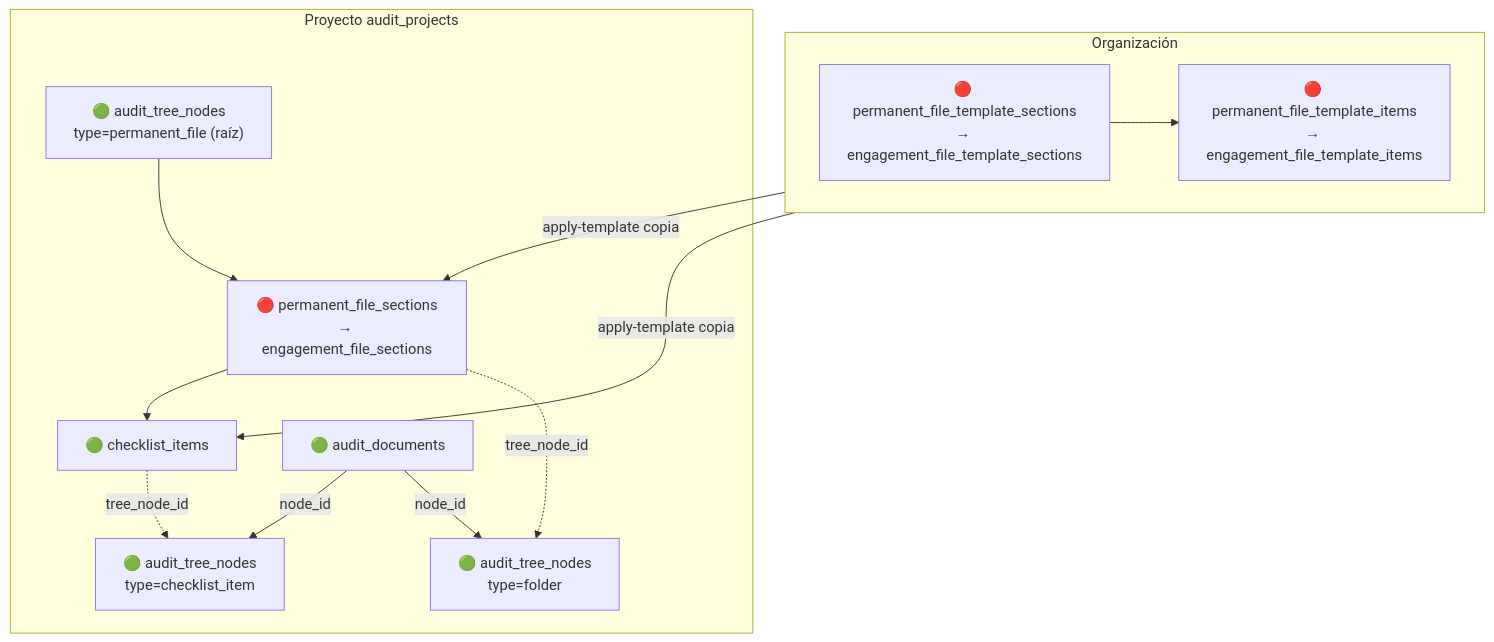
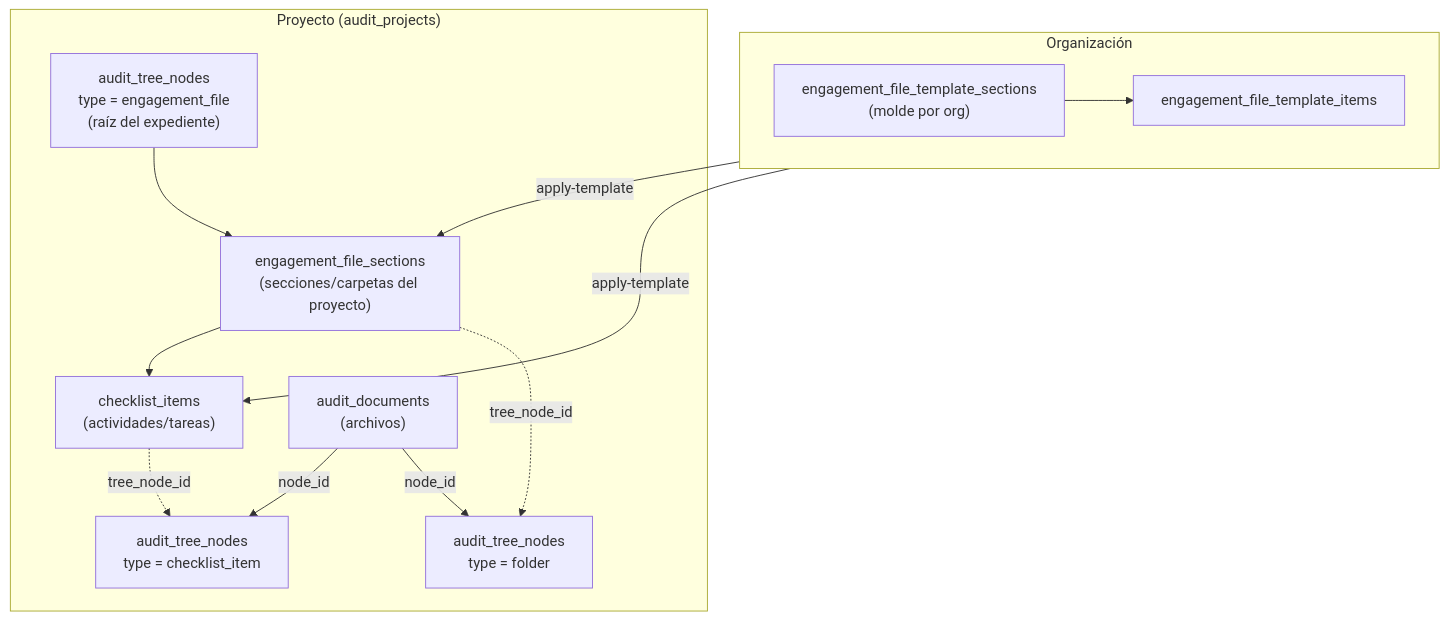
One commit to abcastillo1/3ang.backend.app changed the first of 2 diagrams in docs/technical/mapa-arbol-expediente-centralizado.md. Above: the diagram before and after it, drawn with Mermaid. The commit also changed other lines of this file and 1 other file, not shown here.

Commit message:
docs: Update README and centralization map documentation to reflect changes in naming conventions and structure for engagement files, enhancing clarity on project organization and API routes

````diff
--- a/docs/technical/mapa-arbol-expediente-centralizado.md
+++ b/docs/technical/mapa-arbol-expediente-centralizado.md
@@ -15,24 +10,24 @@
 ```mermaid
 flowchart TB
   subgraph org["Organización"]
-    TSEC["🔴 permanent_file_template_sections\n→ engagement_file_template_sections"]
-    TITEM["🔴 permanent_file_template_items\n→ engagement_file_template_items"]
+    TSEC["engagement_file_template_sections\n(molde por org)"]
+    TITEM["engagement_file_template_items"]
     TSEC --> TITEM
   end
 
-  subgraph project["Proyecto audit_projects"]
-    ROOT["🟢 audit_tree_nodes\ntype=permanent_file (raíz)"]
-    SEC["🔴 permanent_file_sections\n→ engagement_file_sections"]
-    ITEMS["🟢 checklist_items"]
-    DOCS["🟢 audit_documents"]
+  subgraph project["Proyecto (audit_projects)"]
+    ROOT["audit_tree_nodes\ntype = engagement_file\n(raíz del expediente)"]
+    SEC["engagement_file_sections\n(secciones/carpetas del proyecto)"]
+    ITEMS["checklist_items\n(actividades/tareas)"]
+    DOCS["audit_documents\n(archivos)"]
     ROOT --> SEC
     SEC --> ITEMS
-    ITEMS -.->|tree_node_id| NITEM["🟢 audit_tree_nodes\ntype=checklist_item"]
-    SEC -.->|tree_node_id| NFOLDER["🟢 audit_tree_nodes\ntype=folder"]
+    ITEMS -.->|tree_node_id| NITEM["audit_tree_nodes\ntype = checklist_item"]
+    SEC -.->|tree_node_id| NFOLDER["audit_tree_nodes\ntype = folder"]
     DOCS -->|node_id| NITEM
     DOCS -->|node_id| NFOLDER
   end
 
-  org -->|"apply-template copia"| SEC
-  org -->|"apply-template copia"| ITEMS
+  org -->|"apply-template"| SEC
+  org -->|"apply-template"| ITEMS
 ```
````
